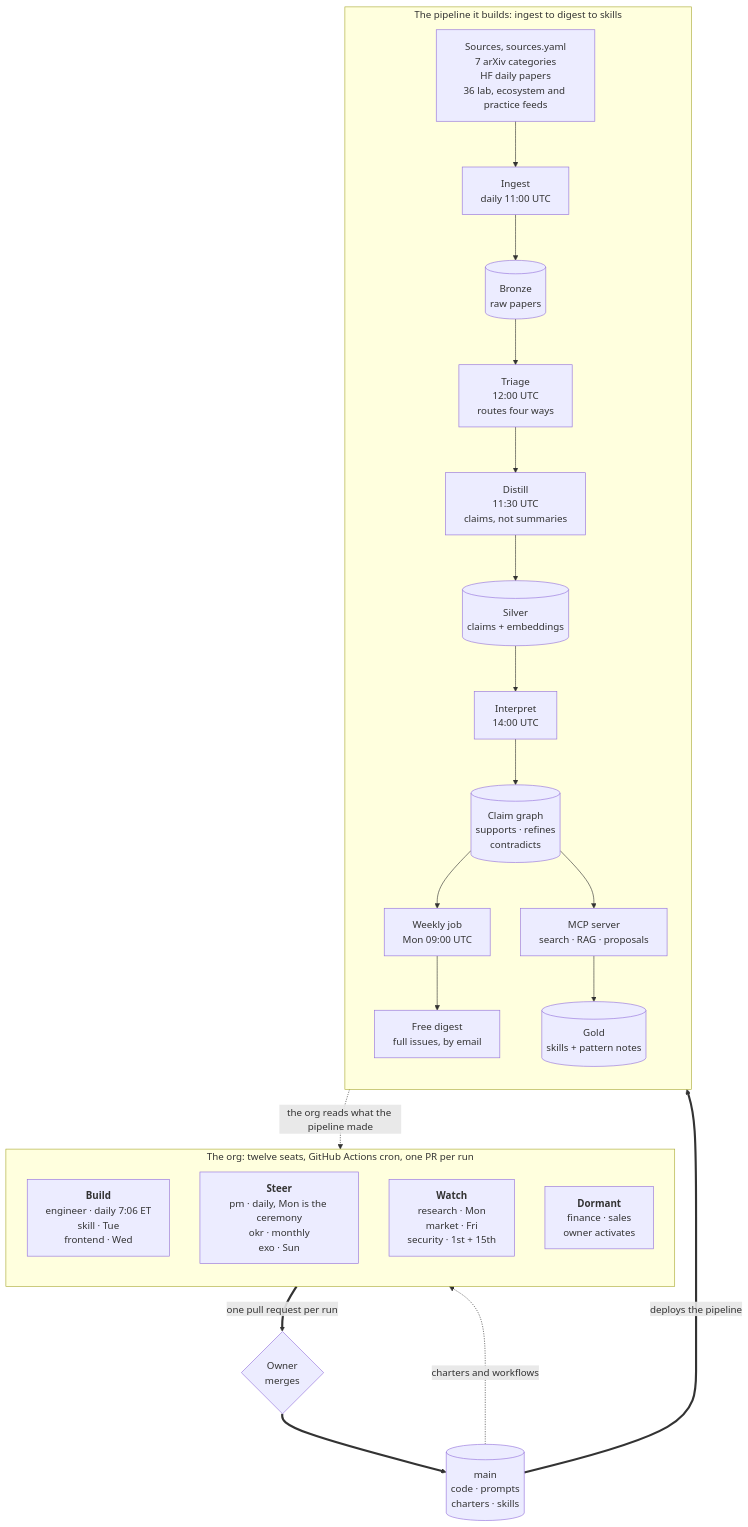
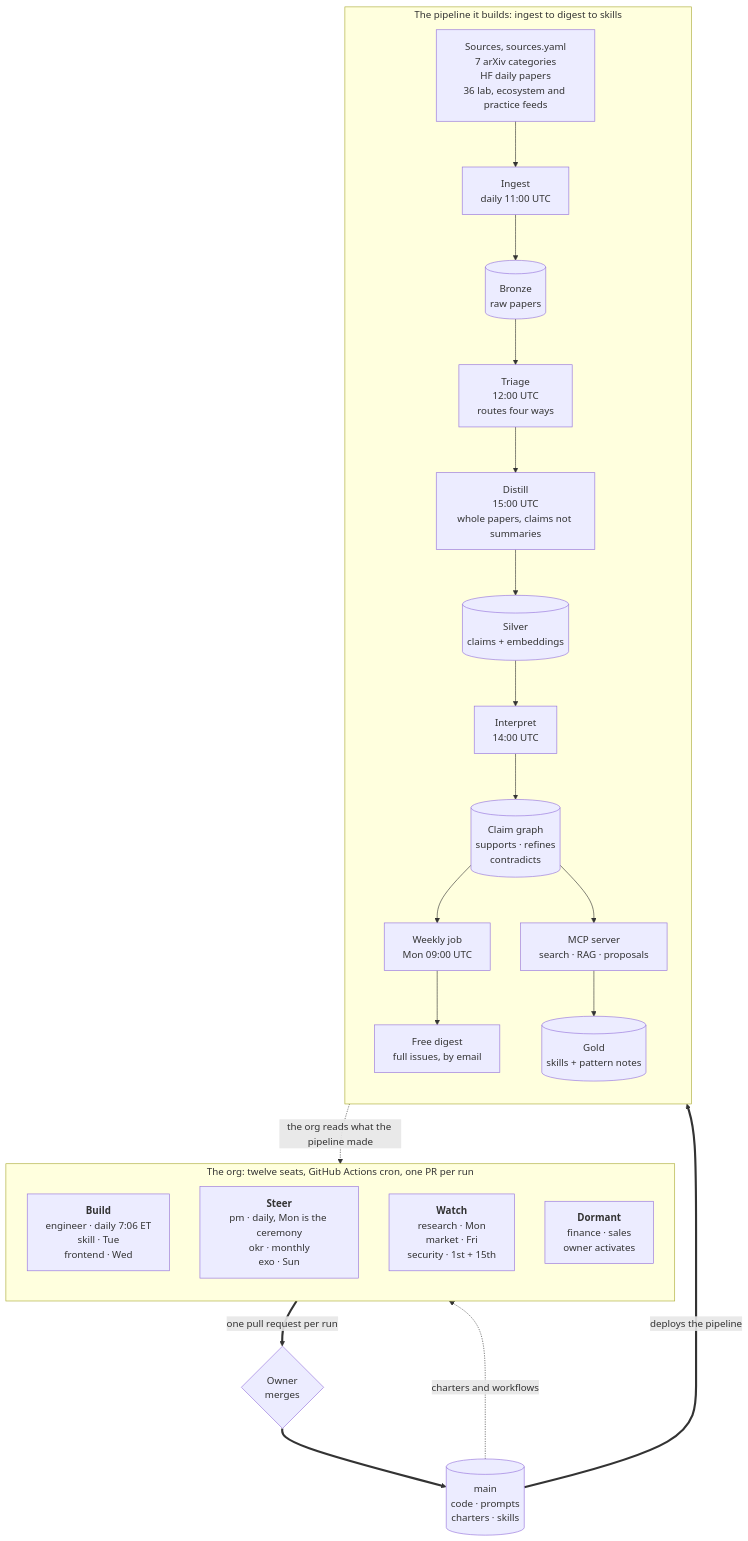
The first of 2 diagrams in README.md (alexandrapaiz/alexandria), drawn with Mermaid before and after one commit. The commit also changed other lines of this file and 3 other files, not shown here.

Commit message:
README, stack and diagrams follow the schedule and the provider

````diff
--- a/README.md
+++ b/README.md
@@ -34,36 +34,36 @@
 ```mermaid
 flowchart TB
     subgraph ORG["The org: twelve seats, GitHub Actions cron, one PR per run"]
         direction TB
         BUILD["<b>Build</b><br/>engineer · daily 7:06 ET<br/>skill · Tue<br/>frontend · Wed"]
         STEER["<b>Steer</b><br/>pm · daily, Mon is the ceremony<br/>okr · monthly<br/>exo · Sun"]
         WATCH["<b>Watch</b><br/>research · Mon<br/>market · Fri<br/>security · 1st + 15th"]
         DORM["<b>Dormant</b><br/>finance · sales<br/>owner activates"]
     end
 
     subgraph PIPE["The pipeline it builds: ingest to digest to skills"]
         direction TB
         SRC["Sources, sources.yaml<br/>7 arXiv categories<br/>HF daily papers<br/>36 lab, ecosystem and practice feeds"]
         ING["Ingest<br/>daily 11:00 UTC"]
         BR[("Bronze<br/>raw papers")]
         TRI["Triage<br/>12:00 UTC<br/>routes four ways"]
-        DIS["Distill<br/>11:30 UTC<br/>claims, not summaries"]
+        DIS["Distill<br/>15:00 UTC<br/>whole papers, claims not summaries"]
         SIL[("Silver<br/>claims + embeddings")]
         INT["Interpret<br/>14:00 UTC"]
         GR[("Claim graph<br/>supports · refines<br/>contradicts")]
         WK["Weekly job<br/>Mon 09:00 UTC"]
         DIGEST["Free digest<br/>full issues, by email"]
         MCP["MCP server<br/>search · RAG · proposals"]
         GOLD[("Gold<br/>skills + pattern notes")]
 
         SRC --> ING --> BR --> TRI --> DIS --> SIL --> INT --> GR
         GR --> WK --> DIGEST
         GR --> MCP --> GOLD
     end
 
     ORG ==>|"one pull request per run"| GATE{"Owner<br/>merges"}
     GATE ==> MAIN[("main<br/>code · prompts<br/>charters · skills")]
     MAIN ==>|"deploys the pipeline"| PIPE
     MAIN -.->|"charters and workflows"| ORG
     PIPE -.->|"the org reads what the pipeline made"| ORG
 ```
````
